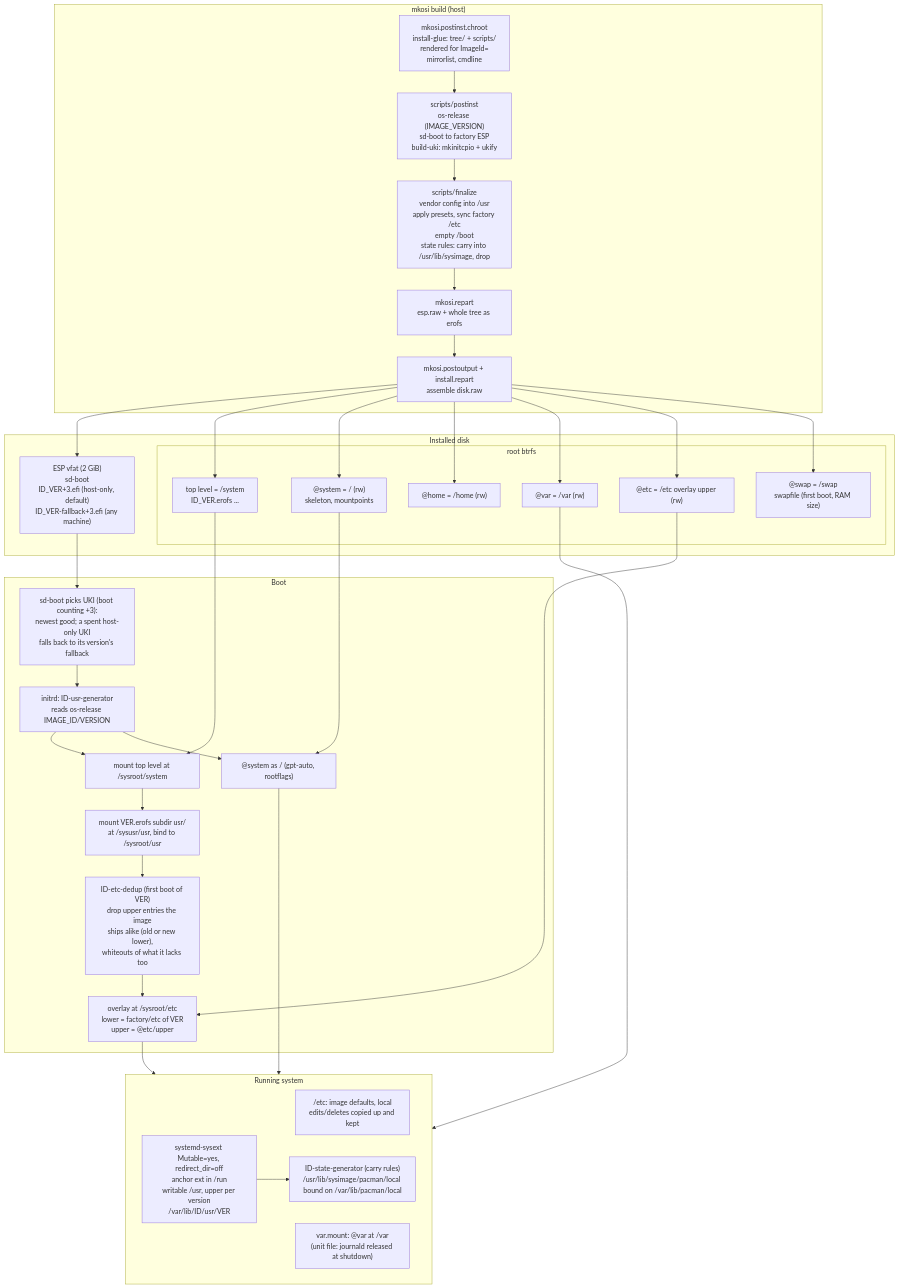
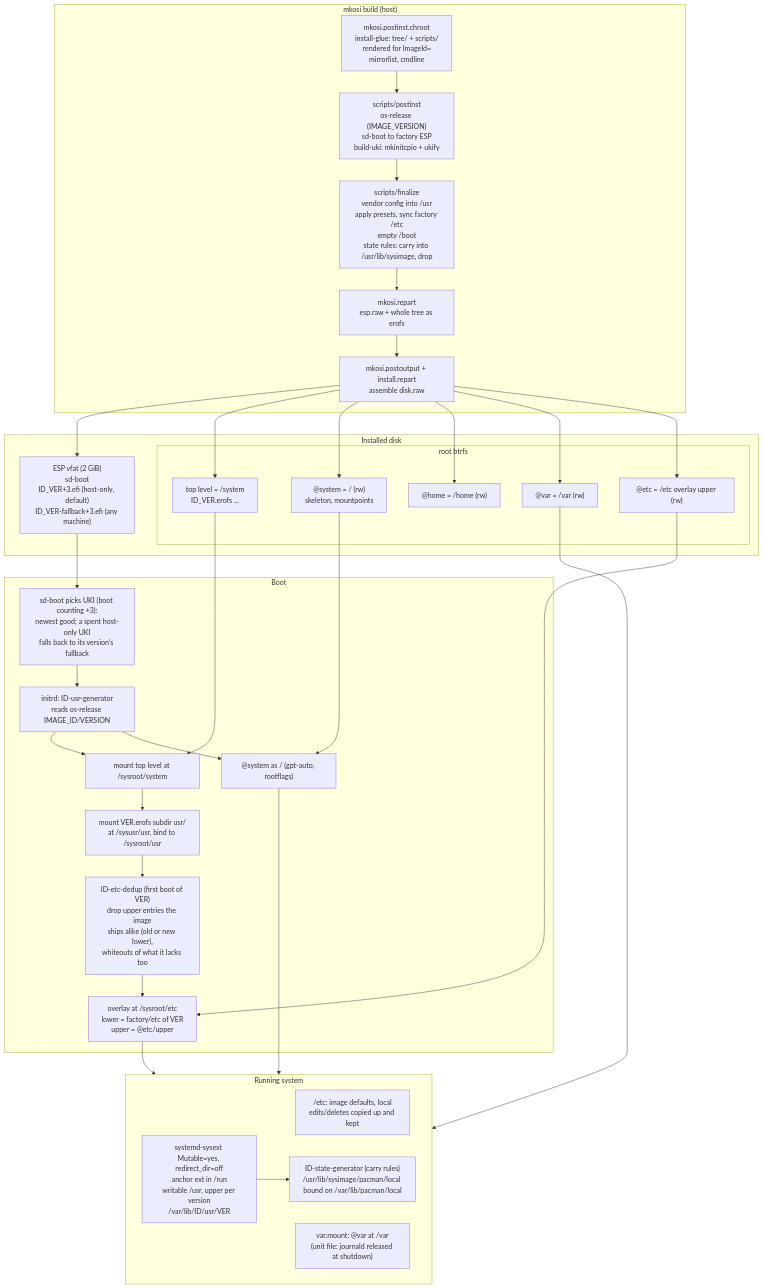
Before and after one commit to h8d13/caeoma: the first of 2 diagrams in docs/DESIGN.md, drawn with Mermaid. The commit also changed 10 other files, not shown here.

````diff
--- a/docs/DESIGN.md
+++ b/docs/DESIGN.md
@@ -7,60 +7,58 @@
 ```mermaid
 flowchart TD
 	subgraph BUILD["mkosi build (host)"]
 		P["mkosi.postinst.chroot<br/>install-glue: tree/ + scripts/<br/>rendered for ImageId=<br/>mirrorlist, cmdline"]
 		PI["scripts/postinst<br/>os-release (IMAGE_VERSION)<br/>sd-boot to factory ESP<br/>build-uki: mkinitcpio + ukify"]
 		F["scripts/finalize<br/>vendor config into /usr<br/>apply presets, sync factory /etc<br/>empty /boot<br/>state rules: carry into /usr/lib/sysimage, drop"]
 		R["mkosi.repart<br/>esp.raw + whole tree as erofs"]
 		PO["mkosi.postoutput + install.repart<br/>assemble disk.raw"]
 		P --> PI --> F --> R --> PO
 	end
 
 	subgraph DISK["Installed disk"]
 		ESP["ESP vfat (2 GiB)<br/>sd-boot<br/>ID_VER+3.efi (host-only, default)<br/>ID_VER-fallback+3.efi (any machine)"]
 		subgraph BTRFS["root btrfs"]
 			TOP["top level = /system<br/>ID_VER.erofs ..."]
 			SYS["@system = / (rw)<br/>skeleton, mountpoints"]
 			HOME["@home = /home (rw)"]
 			VAR["@var = /var (rw)"]
 			ETCU["@etc = /etc overlay upper (rw)"]
-			SWAP["@swap = /swap<br/>swapfile (first boot, RAM size)"]
 		end
 	end
 
 	PO --> ESP
 	PO --> TOP
 	PO --> SYS
 	PO --> HOME
 	PO --> VAR
 	PO --> ETCU
-	PO --> SWAP
 
 	subgraph BOOT["Boot"]
 		SB["sd-boot picks UKI (boot counting +3):<br/>newest good; a spent host-only UKI<br/>falls back to its version's fallback"]
 		GEN["initrd: ID-usr-generator<br/>reads os-release IMAGE_ID/VERSION"]
 		M1["mount top level at /sysroot/system"]
 		M2["mount VER.erofs subdir usr/<br/>at /sysusr/usr, bind to /sysroot/usr"]
 		ROOT["@system as / (gpt-auto, rootflags)"]
 		DD["ID-etc-dedup (first boot of VER)<br/>drop upper entries the image<br/>ships alike (old or new lower),<br/>whiteouts of what it lacks too"]
 		M3["overlay at /sysroot/etc<br/>lower = factory/etc of VER<br/>upper = @etc/upper"]
 		SB --> GEN --> M1 --> M2 --> DD --> M3
 		GEN --> ROOT
 	end
 
 	ESP --> SB
 	TOP --> M1
 	SYS --> ROOT
 	ETCU --> M3
 	VAR --> RUN
 
 	subgraph RUN["Running system"]
 		ETC["/etc: image defaults, local<br/>edits/deletes copied up and kept"]
 		VM["var.mount: @var at /var<br/>(unit file: journald released at shutdown)"]
 		PAC["ID-state-generator (carry rules)<br/>/usr/lib/sysimage/pacman/local bound on /var/lib/pacman/local"]
 		SX["systemd-sysext Mutable=yes, redirect_dir=off<br/>anchor ext in /run<br/>writable /usr, upper per version<br/>/var/lib/ID/usr/VER"]
 		SX --> PAC
 	end
 
 	M3 --> RUN
 	ROOT --> RUN
 ```
````
